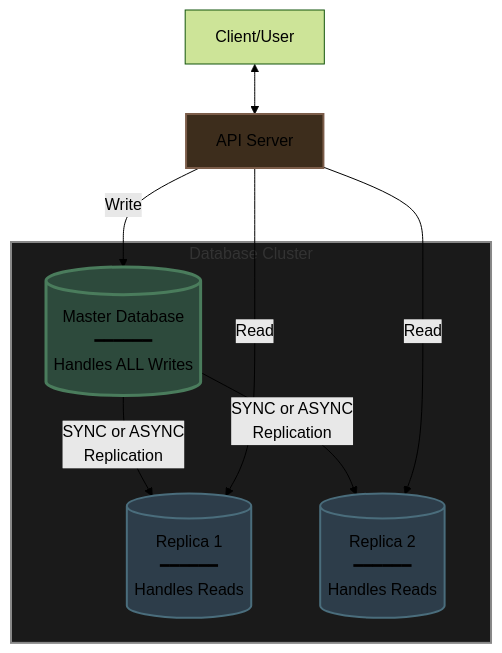
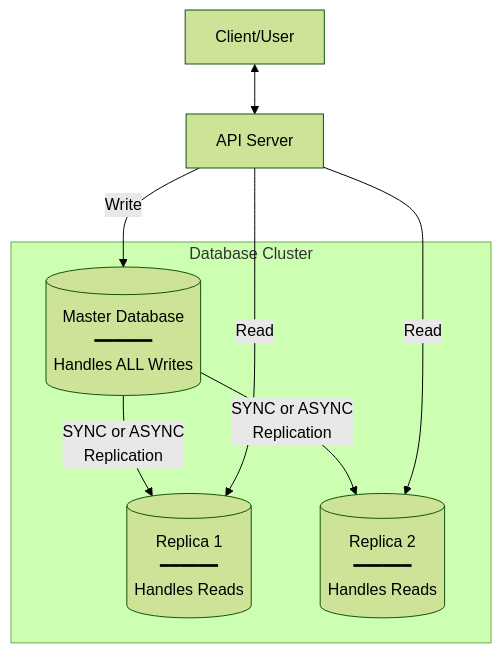
One commit to Yash-Kavaiya/The-System-Design-Masterclass changed the fifth of 19 diagrams in system design beginner/7. Scaling Databases.md. Above: the diagram before and after it, drawn with Mermaid (forest theme). The commit also changed other lines of this file, not shown here.

````diff
--- a/system design beginner/7. Scaling Databases.md
+++ b/system design beginner/7. Scaling Databases.md
@@ -127,26 +113,21 @@
 ```mermaid
 graph TB
     CLIENT[Client/User]
     API[API Server]
     
     subgraph DBCluster["Database Cluster"]
         MASTER[(Master Database<br/>━━━━━━<br/>Handles ALL Writes)]
         REPLICA1[(Replica 1<br/>━━━━━━<br/>Handles Reads)]
         REPLICA2[(Replica 2<br/>━━━━━━<br/>Handles Reads)]
         
         MASTER -->|SYNC or ASYNC<br/>Replication| REPLICA1
         MASTER -->|SYNC or ASYNC<br/>Replication| REPLICA2
     end
     
     CLIENT <--> API
     
     API -->|Write| MASTER
     API -->|Read| REPLICA1
     API -->|Read| REPLICA2
     
-    style MASTER fill:#2d4a3c,stroke:#4a7c5c,stroke-width:3px
-    style REPLICA1 fill:#2d3d4a,stroke:#4a6d7c,stroke-width:2px
-    style REPLICA2 fill:#2d3d4a,stroke:#4a6d7c,stroke-width:2px
-    style API fill:#3d2d1c,stroke:#7c5d4a,stroke-width:2px
-    style DBCluster fill:#1a1a1a,stroke:#888,stroke-width:2px
 ```
````
